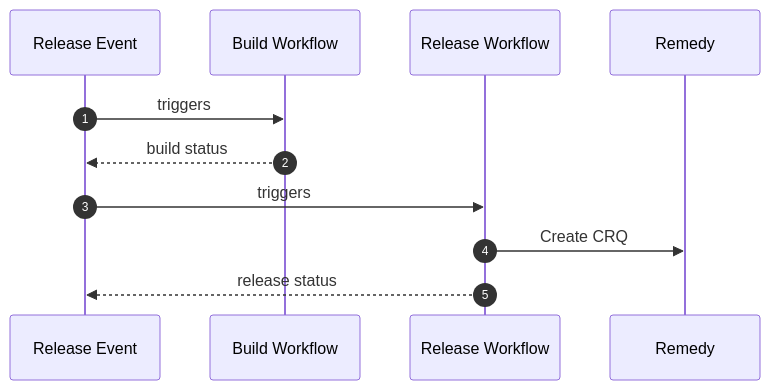
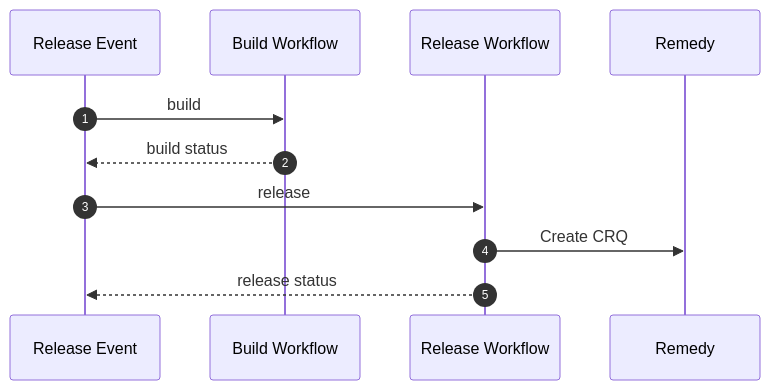
One commit to devarab1/Diagrams changed the second of 4 diagrams in README.md. Above: the diagram before and after it, drawn with Mermaid.

````diff
--- a/README.md
+++ b/README.md
@@ -26,14 +26,14 @@
 ```mermaid
 sequenceDiagram
     autonumber
     participant Release Event
     participant Build Workflow
     participant Release Workflow
     participant Remedy
 
-    Release Event->>Build Workflow: triggers
+    Release Event->>Build Workflow: build
     Build Workflow-->>Release Event: build status
-    Release Event->>Release Workflow: triggers
+    Release Event->>Release Workflow: release
     Release Workflow->>Remedy: Create CRQ
     Release Workflow-->>Release Event: release status
 ```
````
